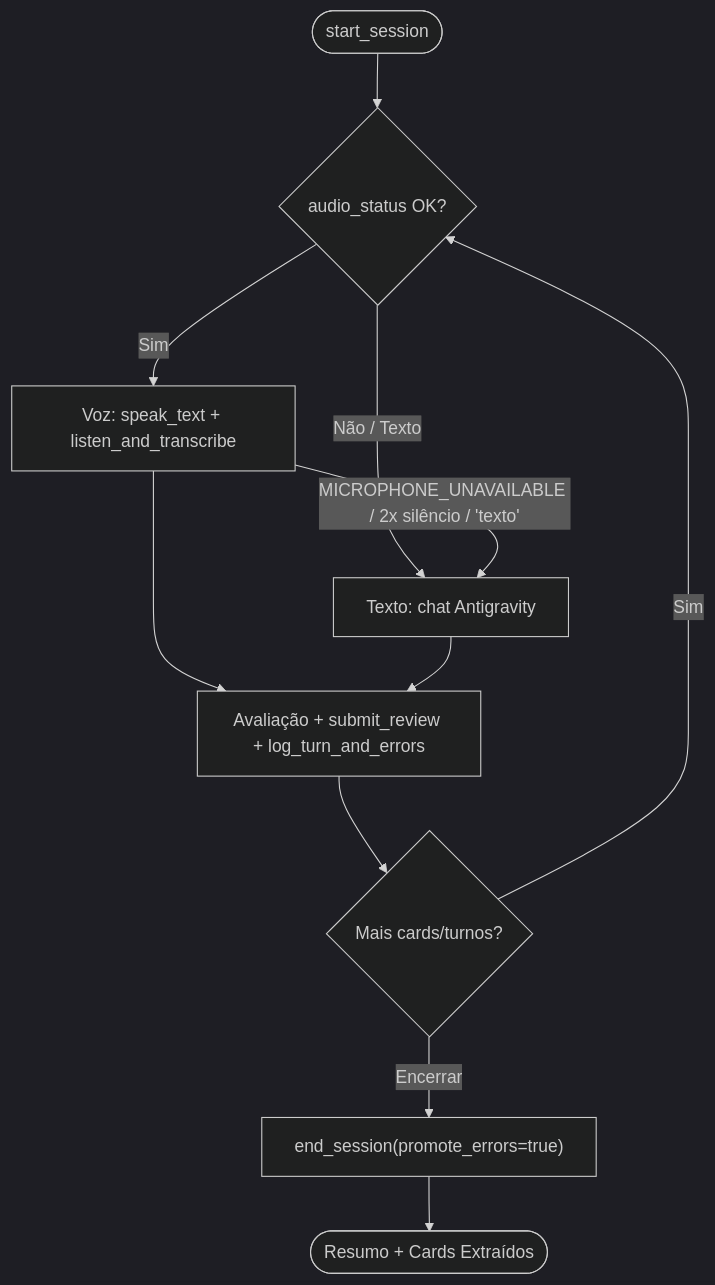
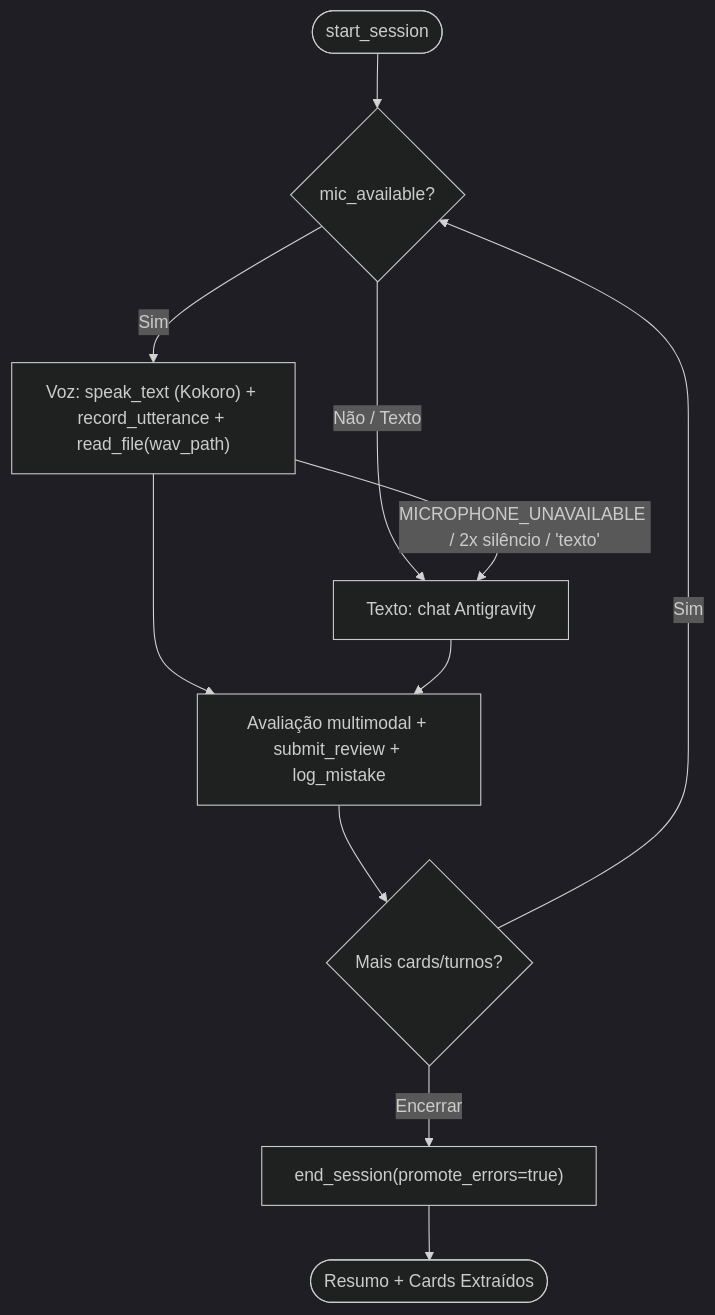
Before and after one commit to tiaggofg/sparkspeak: the first of 3 diagrams in docs/fluxos-e-sequencias.md, drawn with Mermaid (dark theme). The commit also changed other lines of this file and 41 other files, not shown here.

First line of the commit message:
feat(audio): add multimodal wav capture and kokoro tts

````diff
--- a/docs/fluxos-e-sequencias.md
+++ b/docs/fluxos-e-sequencias.md
@@ -5,13 +5,13 @@
 ```mermaid
 flowchart TD
-  Start([start_session]) --> CheckAudio{"audio_status OK?"}
-  CheckAudio -->|Sim| VoiceLoop["Voz: speak_text + listen_and_transcribe"]
+  Start([start_session]) --> CheckAudio{"mic_available?"}
+  CheckAudio -->|Sim| VoiceLoop["Voz: speak_text (Kokoro) + record_utterance + read_file(wav_path)"]
   CheckAudio -->|Não / Texto| TextLoop["Texto: chat Antigravity"]
   VoiceLoop -->|"MICROPHONE_UNAVAILABLE / 2x silêncio / 'texto'"| TextLoop
-  VoiceLoop --> Evaluate["Avaliação + submit_review + log_turn_and_errors"]
+  VoiceLoop --> Evaluate["Avaliação multimodal + submit_review + log_mistake"]
   TextLoop --> Evaluate
   Evaluate --> More{"Mais cards/turnos?"}
   More -->|Sim| CheckAudio
   More -->|Encerrar| Close["end_session(promote_errors=true)"]
   Close --> End([Resumo + Cards Extraídos])
 ```
````
